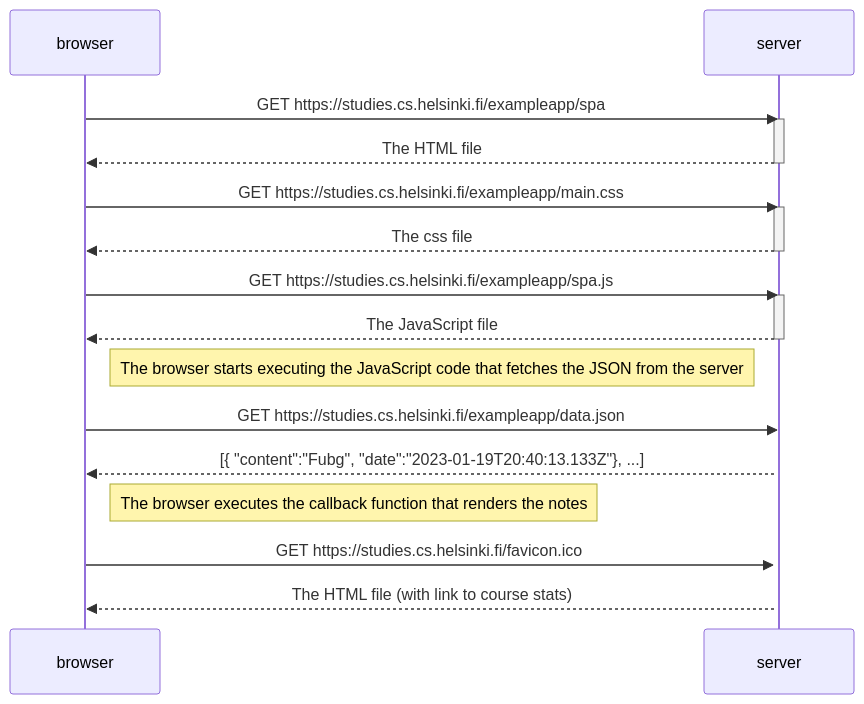
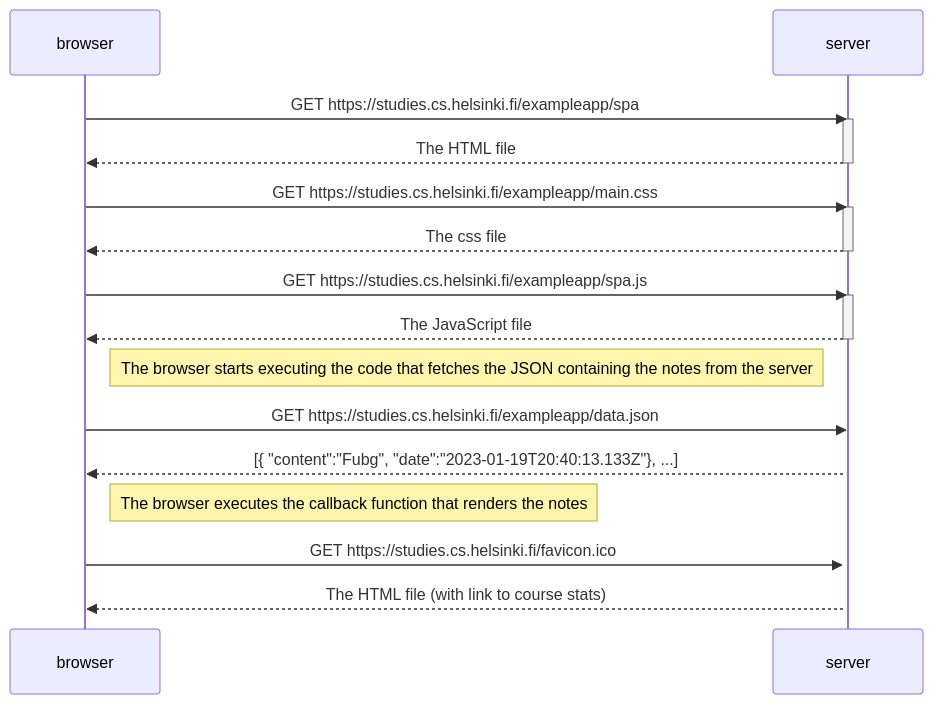
One commit to Roslofe/FSO changed the diagram in part0/0_5_Single_Page.md. Above: the diagram before and after it, drawn with Mermaid. The commit also changed 1 other file, not shown here.

Commit message:
Minor edits to wording.

````diff
--- a/part0/0_5_Single_Page.md
+++ b/part0/0_5_Single_Page.md
@@ -1,31 +1,31 @@
 ```mermaid
 	sequenceDiagram
 		participant browser
 		participant server
 		browser->>server: GET https://studies.cs.helsinki.fi/exampleapp/spa
 		activate server
 		server-->>browser: The HTML file
 		deactivate server
 
 		browser->>server: GET https://studies.cs.helsinki.fi/exampleapp/main.css
 		activate server
 		server-->>browser: The css file
 		deactivate server
 
 		browser->>server: GET https://studies.cs.helsinki.fi/exampleapp/spa.js
 		activate server
 		server-->>browser: The JavaScript file
 		deactivate server
 
-		Note right of browser: The browser starts executing the JavaScript code that fetches the JSON from the server
+		Note right of browser: The browser starts executing the code that fetches the JSON containing the notes from the server
 	
 		browser->>server: GET https://studies.cs.helsinki.fi/exampleapp/data.json
 		activate server
 		server-->>browser: [{ "content":"Fubg", "date":"2023-01-19T20:40:13.133Z"}, ...]
 
 		Note right of browser: The browser executes the callback function that renders the notes
 
 		browser->>server: GET https://studies.cs.helsinki.fi/favicon.ico
 		activate server
 		server-->>browser:The HTML file (with link to course stats)
 ```
````
